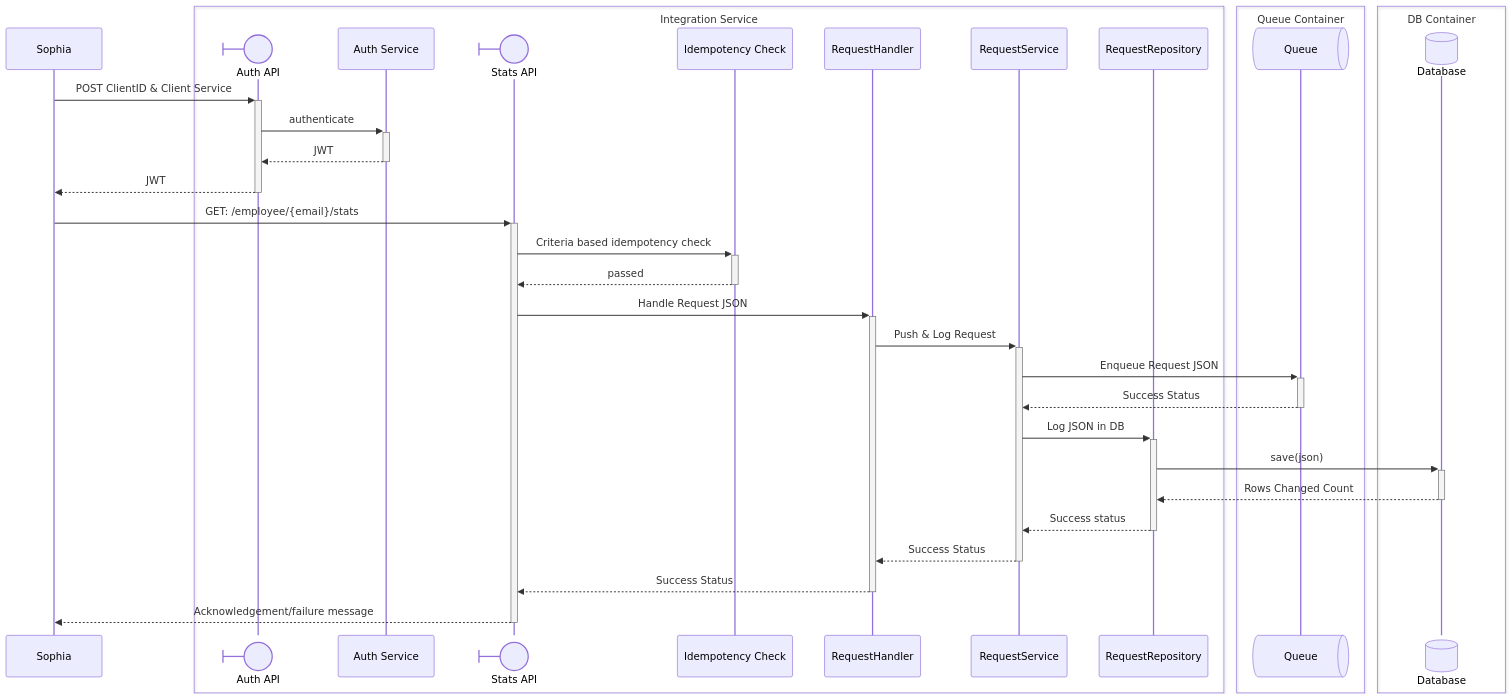
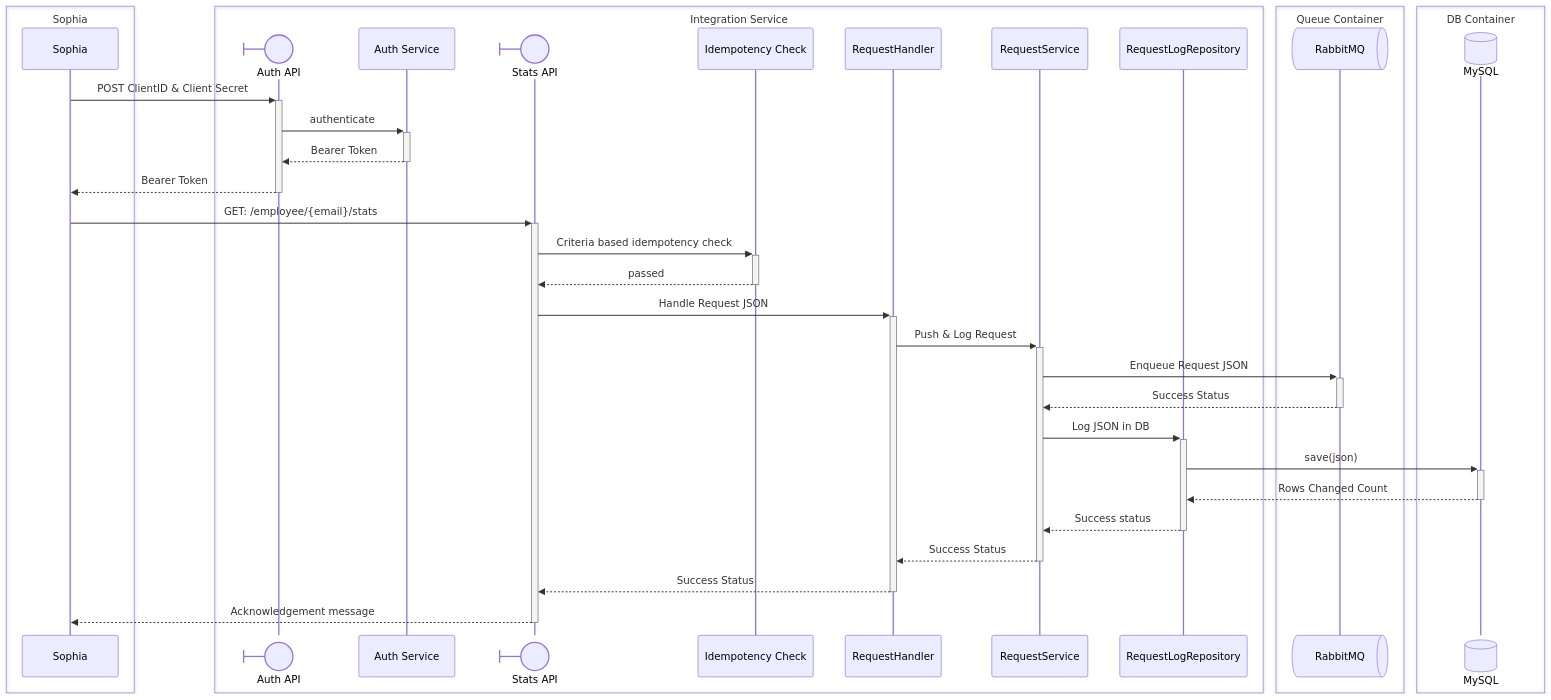
One commit to arbisoft/incubator-devlake changed the fourth of 6 diagrams in integration-service-architecture-plan.md. Above: the diagram before and after it, drawn with Mermaid. The commit also changed other lines of this file, not shown here.

First line of the commit message:
docs: expand integration service domain model and project structure

````diff
--- a/integration-service-architecture-plan.md
+++ b/integration-service-architecture-plan.md
@@ -167,42 +256,44 @@
 ```mermaid
 sequenceDiagram
-    participant Sophia
+    box Sophia
+        participant Sophia
+    end
     box Integration Service
         participant authApi@{ "type": "boundary" } as Auth API
         participant authService as Auth Service
         participant stats_api@{ "type": "boundary" } as Stats API
         participant idempotency_check as Idempotency Check
         participant request_handler as RequestHandler
         participant request_service as RequestService
-        participant request_repository as RequestRepository
+        participant request_repository as RequestLogRepository
     end
     box Queue Container
-        participant sqs@{ "type": "queue"} as Queue
+        participant rmq@{ "type": "queue"} as RabbitMQ
     end
     box DB Container
-        participant db@{ "type": "database" } as Database
+        participant db@{ "type": "database" } as MySQL
     end
 
-    Sophia->>+authApi: POST ClientID & Client Service
+    Sophia->>+authApi: POST ClientID & Client Secret
     authApi->>+authService:authenticate
-    authService-->>-authApi:JWT
-    authApi-->>-Sophia:JWT
+    authService-->>-authApi:Bearer Token
+    authApi-->>-Sophia:Bearer Token
 
     Sophia->>+stats_api: GET: /employee/{email}/stats
 
     stats_api->>+idempotency_check: Criteria based idempotency check
     idempotency_check-->>-stats_api: passed
     stats_api->>+request_handler: Handle Request JSON
 
     request_handler->>+request_service: Push & Log Request
-    request_service->>+sqs: Enqueue Request JSON
-    sqs-->>-request_service: Success Status
+    request_service->>+rmq: Enqueue Request JSON
+    rmq-->>-request_service: Success Status
     request_service->>+request_repository: Log JSON in DB
     request_repository->>+db: save(json)
     db-->>-request_repository: Rows Changed Count
     request_repository-->>-request_service: Success status
     request_service-->>-request_handler: Success Status
     request_handler-->>-stats_api: Success Status
 
-    stats_api-->>-Sophia: Acknowledgement/failure message
+    stats_api-->>-Sophia: Acknowledgement message
 ```
````
